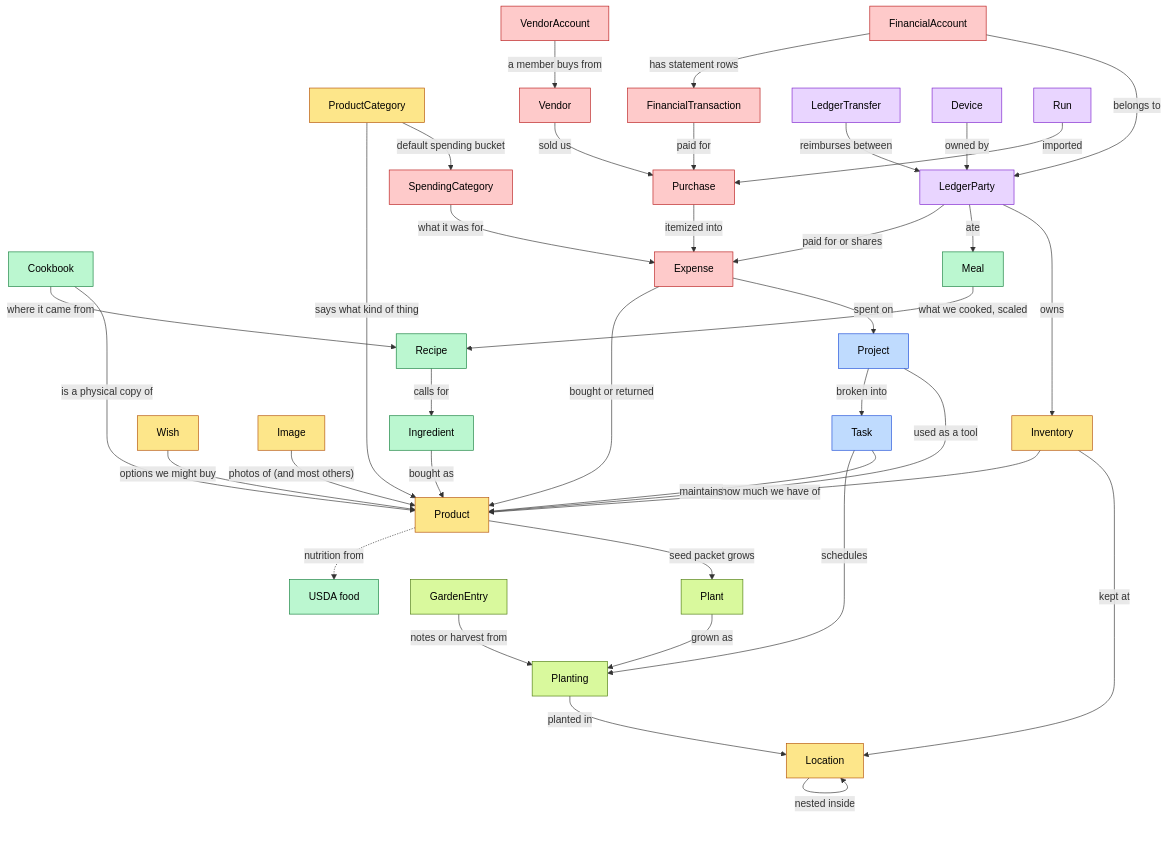
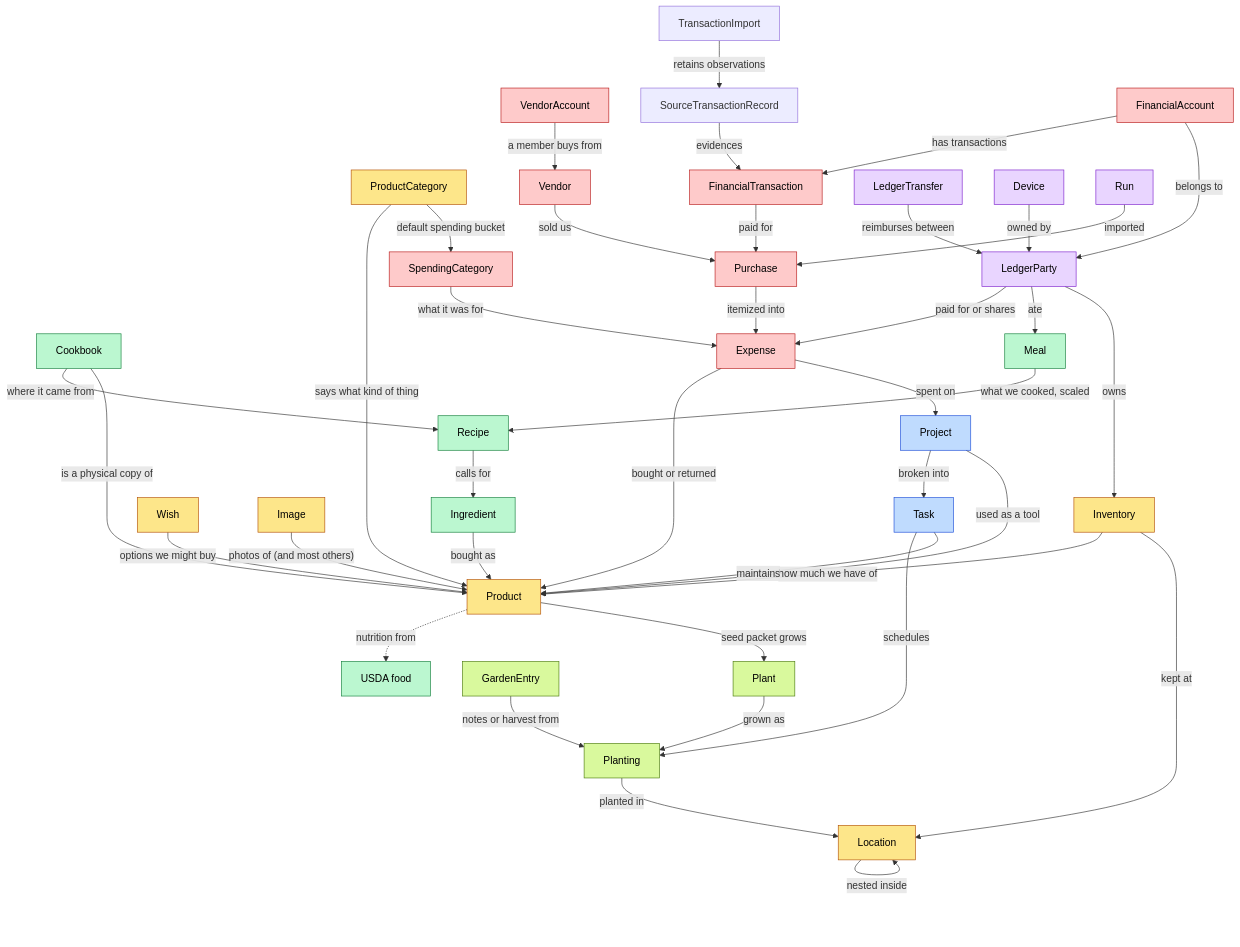
Before and after one commit to nickysemenza/cubby: the first of 3 diagrams in README.md, drawn with Mermaid. The commit also changed other lines of this file and 154 other files, not shown here.

Commit message:
Promote financial source records and imports to manifest entities

````diff
--- a/README.md
+++ b/README.md
@@ -88,52 +88,54 @@
 ```mermaid
 flowchart TB
   ProductCategory -- "says what kind of thing" --> Product
   Inventory -- "how much we have of" --> Product
   Inventory -- "kept at" --> Location
   Location -- "nested inside" --> Location
   Wish -- "options we might buy" --> Product
   Image -- "photos of (and most others)" --> Product
   Recipe -- "calls for" --> Ingredient
   Cookbook -- "where it came from" --> Recipe
   Meal -- "what we cooked, scaled" --> Recipe
   Plant -- "grown as" --> Planting
   GardenEntry -- "notes or harvest from" --> Planting
   Project -- "broken into" --> Task
   Vendor -- "sold us" --> Purchase
   VendorAccount -- "a member buys from" --> Vendor
   Purchase -- "itemized into" --> Expense
   SpendingCategory -- "what it was for" --> Expense
-  FinancialAccount -- "has statement rows" --> FinancialTransaction
+  TransactionImport -- "retains observations" --> SourceTransactionRecord
+  SourceTransactionRecord -- "evidences" --> FinancialTransaction
+  FinancialAccount -- "has transactions" --> FinancialTransaction
   FinancialTransaction -- "paid for" --> Purchase
   LedgerTransfer -- "reimburses between" --> LedgerParty
   Device -- "owned by" --> LedgerParty
   Ingredient -- "bought as" --> Product
   Product -. "nutrition from" .-> USDA[USDA food]
   Product -- "seed packet grows" --> Plant
   Cookbook -- "is a physical copy of" --> Product
   ProductCategory -- "default spending bucket" --> SpendingCategory
   Planting -- "planted in" --> Location
   Task -- "schedules" --> Planting
   Project -- "used as a tool" --> Product
   Task -- "maintains" --> Product
   Expense -- "bought or returned" --> Product
   Expense -- "spent on" --> Project
   LedgerParty -- "paid for or shares" --> Expense
   LedgerParty -- "ate" --> Meal
   LedgerParty -- "owns" --> Inventory
   FinancialAccount -- "belongs to" --> LedgerParty
   Run -- "imported" --> Purchase
 
   classDef core fill:#fde68a,stroke:#b45309,color:#000
   classDef food fill:#bbf7d0,stroke:#15803d,color:#000
   classDef garden fill:#d9f99d,stroke:#4d7c0f,color:#000
   classDef work fill:#bfdbfe,stroke:#1d4ed8,color:#000
   classDef money fill:#fecaca,stroke:#b91c1c,color:#000
   classDef people fill:#e9d5ff,stroke:#7e22ce,color:#000
   class Product,ProductCategory,Inventory,Location,Wish,Image core
   class Ingredient,Recipe,Cookbook,Meal,USDA food
   class Plant,Planting,GardenEntry garden
   class Project,Task work
   class Vendor,VendorAccount,Purchase,Expense,SpendingCategory,FinancialAccount,FinancialTransaction money
   class LedgerParty,LedgerTransfer,Device,Run people
 ```
````
